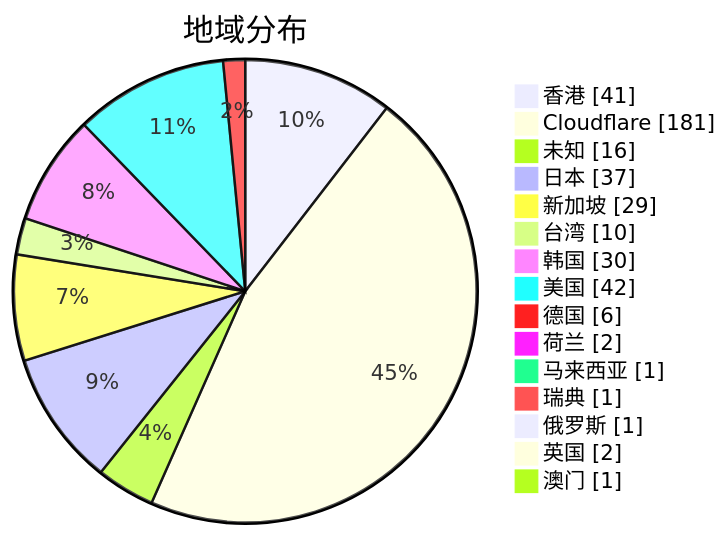
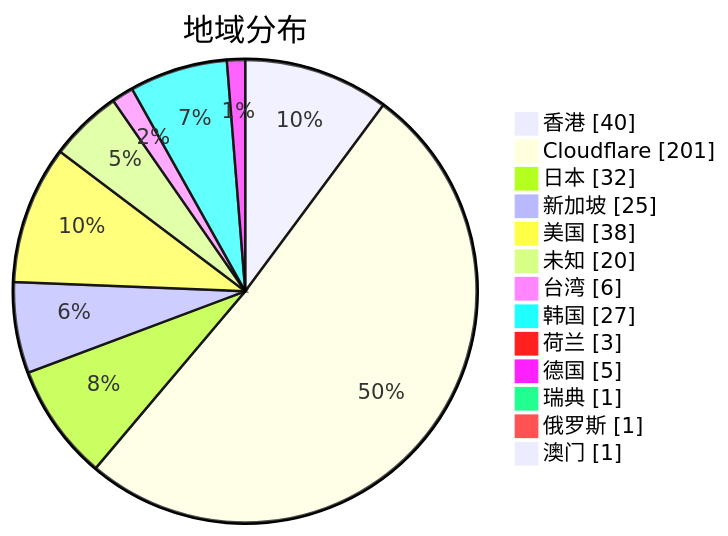
The second of 3 diagrams in subs/statistics/tested_within.md (qjlxg/airport), drawn with Mermaid before and after one commit. The commit also changed other lines of this file and 2 other files, not shown here.

````diff
--- a/subs/statistics/tested_within.md
+++ b/subs/statistics/tested_within.md
@@ -13,19 +13,17 @@
 ```mermaid
 pie showData
 title 地域分布
-"香港" : 41
-"Cloudflare" : 181
-"未知" : 16
-"日本" : 37
-"新加坡" : 29
-"台湾" : 10
-"韩国" : 30
-"美国" : 42
-"德国" : 6
-"荷兰" : 2
-"马来西亚" : 1
+"香港" : 40
+"Cloudflare" : 201
+"日本" : 32
+"新加坡" : 25
+"美国" : 38
+"未知" : 20
+"台湾" : 6
+"韩国" : 27
+"荷兰" : 3
+"德国" : 5
 "瑞典" : 1
 "俄罗斯" : 1
-"英国" : 2
 "澳门" : 1
 ```
````
